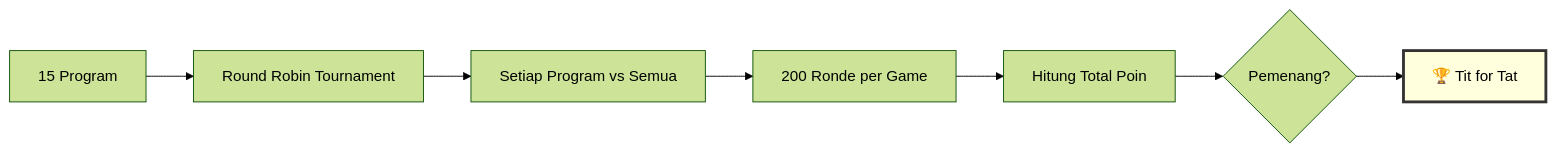
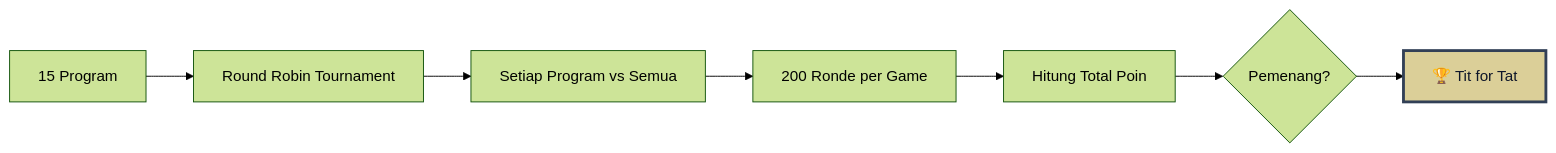
One commit to dwirx/BangunAI-Blog changed the third of 8 diagrams in src/content/writing/tit-for-tat-strategi-game-theory.mdx. Above: the diagram before and after it, drawn with Mermaid (forest theme). The commit also changed other lines of this file and 1 other file, not shown here.

Commit message:
fix(mermaid): improve dark mode label contrast and node palette

````diff
--- a/src/content/writing/tit-for-tat-strategi-game-theory.mdx
+++ b/src/content/writing/tit-for-tat-strategi-game-theory.mdx
@@ -149,11 +149,11 @@
 ```mermaid
 graph LR
     A[15 Program] --> B[Round Robin Tournament]
     B --> C[Setiap Program vs Semua]
     C --> D[200 Ronde per Game]
     D --> E[Hitung Total Poin]
     E --> F{Pemenang?}
     F --> G[🏆 Tit for Tat]
     
-    style G fill:#ffd,stroke:#333,stroke-width:3px
+    style G fill:#dbcf98,stroke:#324056,stroke-width:3px,color:#0f172a
 ```
````
